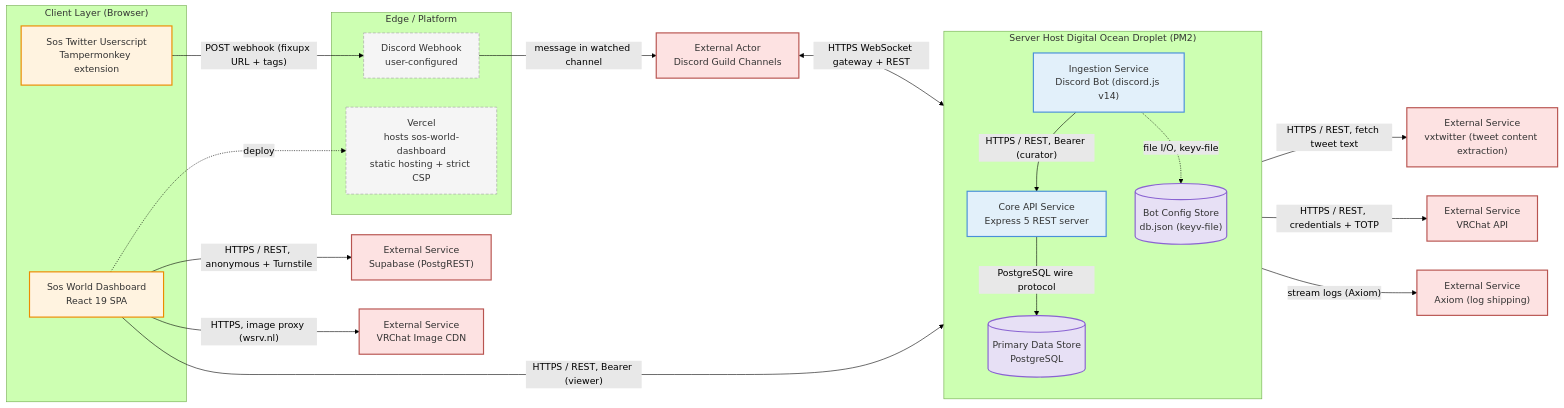
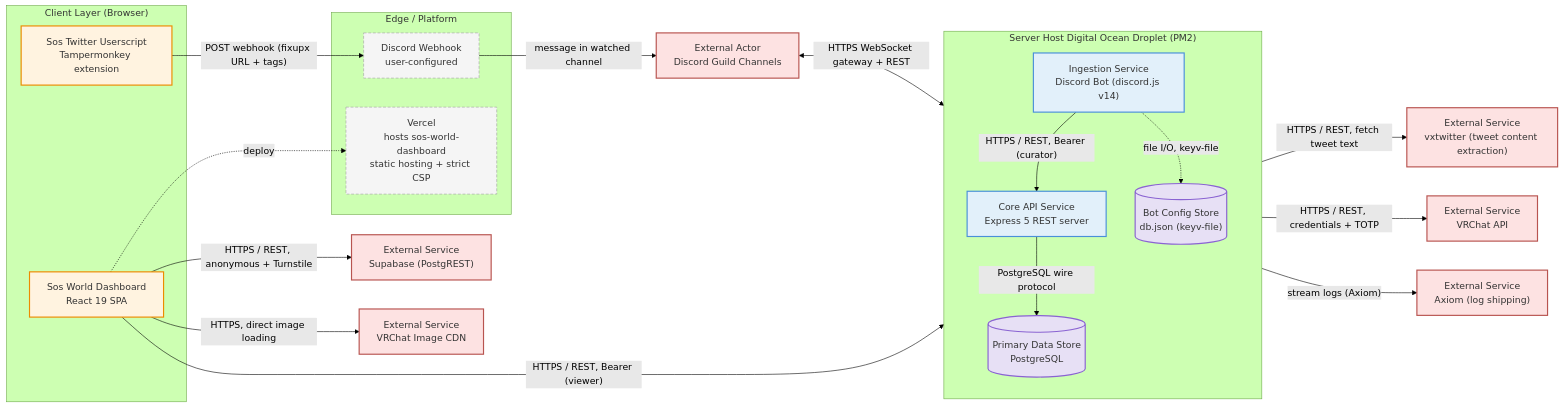
The diagram in README.md (Moistbobo/vrc-world-dashboard), drawn with Mermaid (forest theme) before and after one commit. The commit also changed 12 other files, not shown here.

Commit message:
feat: use VRChat thumbnails instead of wsrv image proxy (#408)

````diff
--- a/README.md
+++ b/README.md
@@ -34,55 +34,55 @@
 ```mermaid
 ---
 config:
   layout: fixed
 ---
 flowchart LR
  subgraph client["Client Layer (Browser)"]
         us["Sos Twitter Userscript<br>Tampermonkey extension"]
         dash["Sos World Dashboard<br>React 19 SPA"]
   end
  subgraph edge["Edge / Platform"]
         webhook["Discord Webhook<br>user-configured"]
         vercel["Vercel<br>hosts sos-world-dashboard<br>static hosting + strict CSP"]
   end
  subgraph runtime["Server Host Digital Ocean Droplet (PM2)"]
     direction TB
         bot["Ingestion Service<br>Discord Bot (discord.js v14)"]
         api["Core API Service<br>Express 5 REST server"]
         pgsql[("Primary Data Store<br>PostgreSQL")]
         botcfg[("Bot Config Store<br>db.json (keyv-file)")]
   end
     us -- POST webhook (fixupx URL + tags) --> webhook
     webhook -- message in watched channel --> discord["External Actor<br>Discord Guild Channels"]
     discord <-- HTTPS WebSocket gateway + REST --> bot
     bot -- HTTPS / REST, Bearer (curator) --> api
     api -- HTTPS / REST, fetch tweet text --> vxtwitter["External Service<br>vxtwitter (tweet content extraction)"]
     dash -- HTTPS / REST, Bearer (viewer) --> api
     dash -- HTTPS / REST, anonymous + Turnstile --> supabase["External Service<br>Supabase (PostgREST)"]
     api -- HTTPS / REST, credentials + TOTP --> vrchat["External Service<br>VRChat API"]
     api -- PostgreSQL wire protocol --> pgsql
     bot -. "file I/O, keyv-file" .-> botcfg
-    dash -- "HTTPS, image proxy (wsrv.nl)" --> imagecdn["External Service<br>VRChat Image CDN"]
+    dash -- "HTTPS, direct image loading" --> imagecdn["External Service<br>VRChat Image CDN"]
     dash -. deploy .-> vercel
     api -- stream logs (Axiom) --> axiom["External Service<br>Axiom (log shipping)"]
 
      us:::client
      dash:::client
      webhook:::boundary
      vercel:::boundary
      bot:::service
      api:::service
      pgsql:::store
      botcfg:::store
      discord:::external
      vrchat:::external
      vxtwitter:::external
      supabase:::external
      imagecdn:::external
      axiom:::external
     classDef external fill:#fde2e2,stroke:#b85450,stroke-width:2px,color:#333
     classDef store fill:#e7e0f5,stroke:#8a63d2,stroke-width:2px,color:#333
     classDef service fill:#e2f0fa,stroke:#4a90d9,stroke-width:2px,color:#333
     classDef boundary fill:#f5f5f5,stroke:#9e9e9e,stroke-dasharray:5 3,color:#333
     classDef client fill:#fff3e0,stroke:#ed8b00,stroke-width:2px,color:#333
 ```
````
